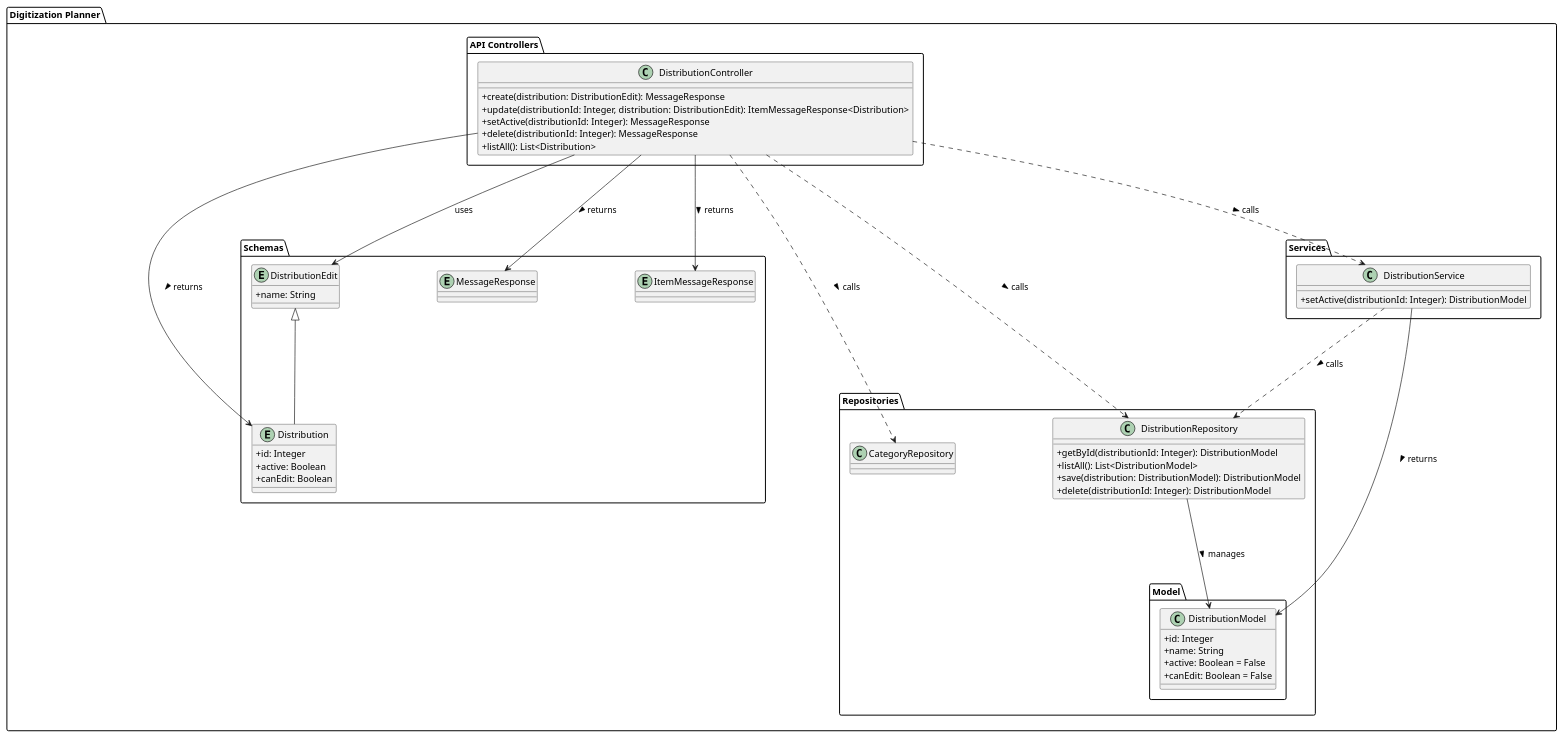
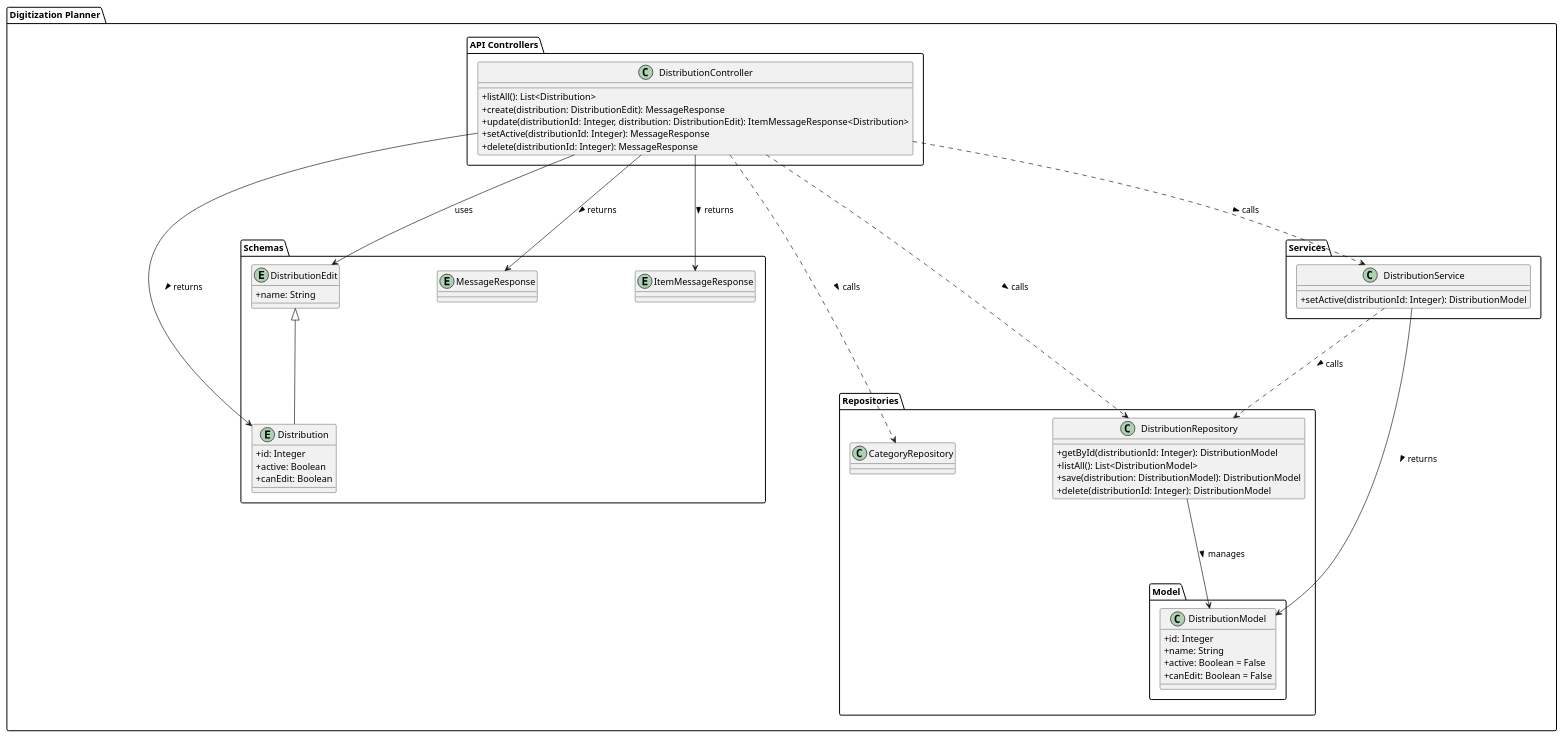
The diagram in docs/development/diagrams/class/digitization-planner/controllers/distribution.puml (moravianlibrary/vera), drawn with PlantUML before and after one commit. The commit also changed other lines of this file and 39 other files, not shown here.

```diff
--- a/docs/development/diagrams/class/digitization-planner/controllers/distribution.puml
+++ b/docs/development/diagrams/class/digitization-planner/controllers/distribution.puml
@@ -1,83 +1,83 @@
 @startuml VERA - Class Diagram - Distribution Controller
 
 skinparam classAttributeIconSize 0
 skinparam ranksep 150
 skinparam nodesep 150
 top to bottom direction
 
 package "Digitization Planner" {
 
   package "Schemas" {
 
     entity DistributionEdit {
       +name: String
     }
 
     entity Distribution extends DistributionEdit {
       +id: Integer
       +active: Boolean
       +canEdit: Boolean
     }
 
     entity MessageResponse
     entity ItemMessageResponse
   }
 
   package "Repositories" {
 
     package "Model" {
 
       class DistributionModel {
         +id: Integer
         +name: String
         +active: Boolean = False
         +canEdit: Boolean = False
       }
     }
 
     class DistributionRepository {
       +getById(distributionId: Integer): DistributionModel
       +listAll(): List<DistributionModel>
       +save(distribution: DistributionModel): DistributionModel
       +delete(distributionId: Integer): DistributionModel
     }
 
     DistributionRepository --> DistributionModel : manages >
 
     class CategoryRepository
   }
 
   package "Services" {
 
     class DistributionService {
       +setActive(distributionId: Integer): DistributionModel
     }
 
     DistributionService --> DistributionModel : returns >
 
     DistributionService ..> DistributionRepository : calls >
   }
 
   package "API Controllers" {
 
     class DistributionController {
+      +listAll(): List<Distribution>
       +create(distribution: DistributionEdit): MessageResponse
       +update(distributionId: Integer, distribution: DistributionEdit): ItemMessageResponse<Distribution>
       +setActive(distributionId: Integer): MessageResponse
       +delete(distributionId: Integer): MessageResponse
-      +listAll(): List<Distribution>
     }
 
     DistributionController --> DistributionEdit : uses
 
     DistributionController --> Distribution : returns >
     DistributionController --> MessageResponse : returns >
     DistributionController --> ItemMessageResponse : returns >
 
     DistributionController ..> DistributionService : calls >
     DistributionController ..> DistributionRepository : calls >
     DistributionController ..> CategoryRepository : calls >
   }
 }
 
 @enduml
```
